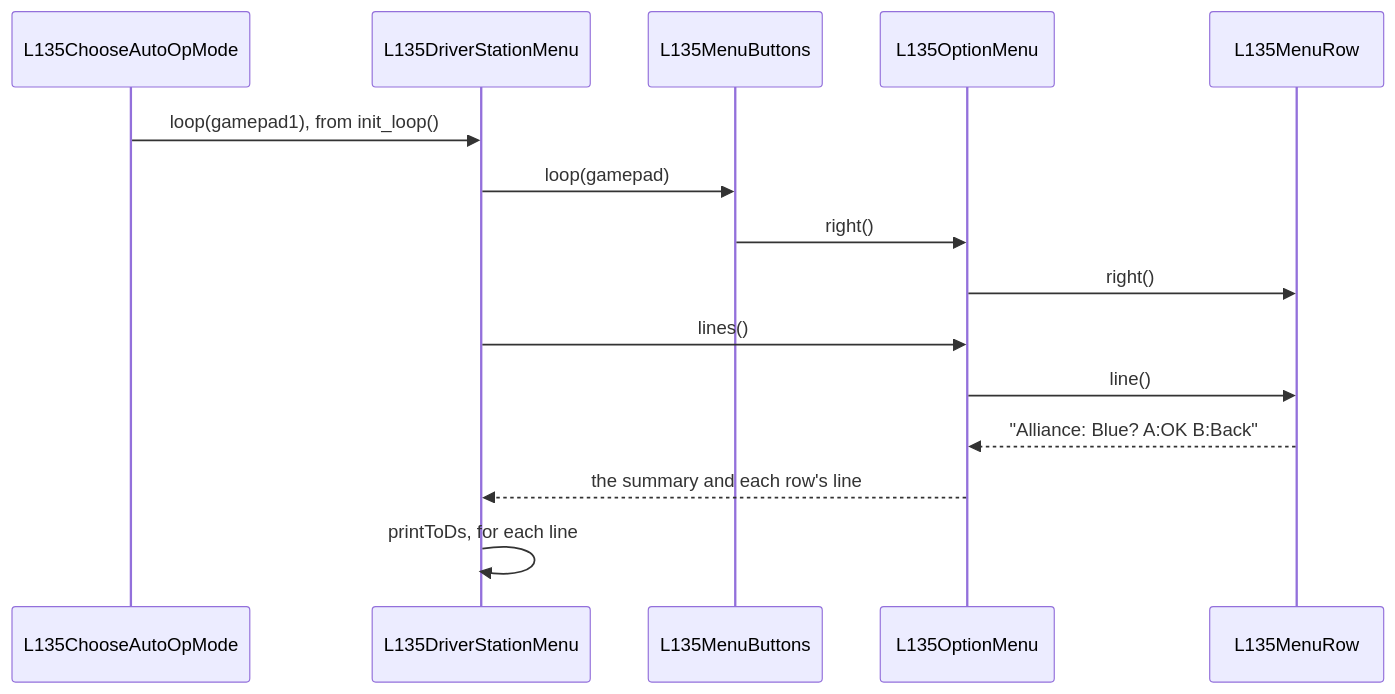
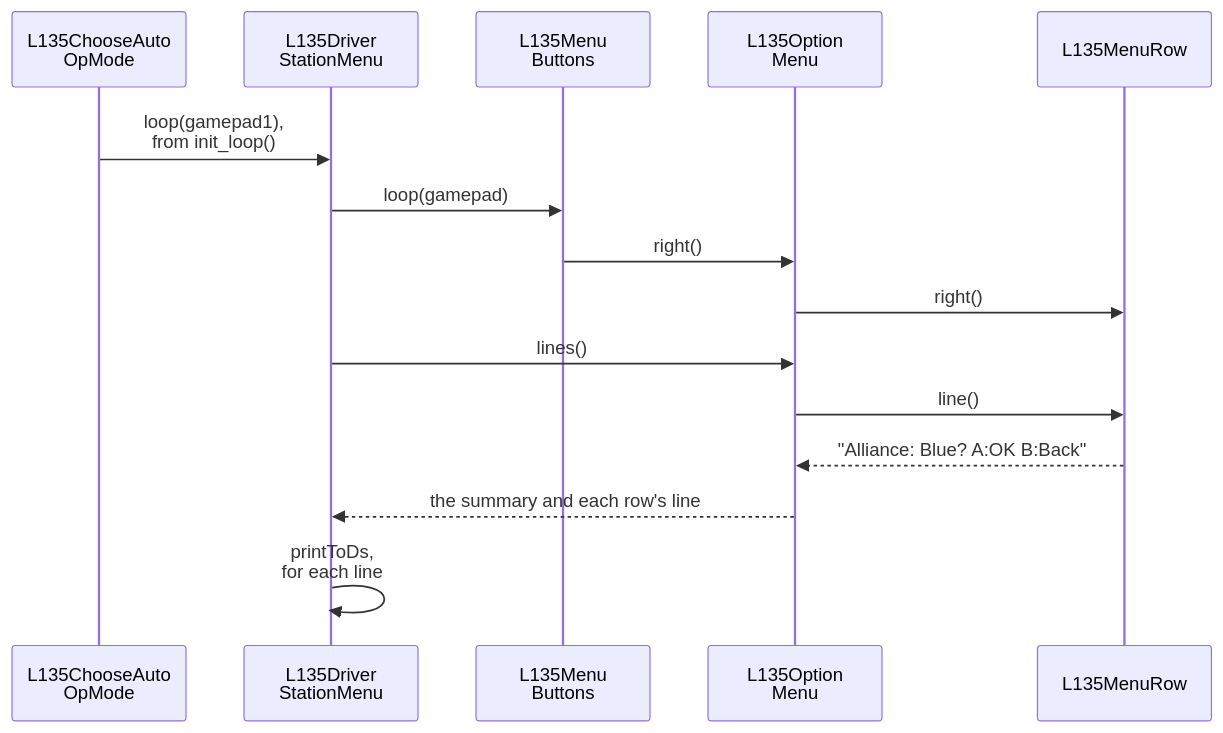
Before and after one commit to msb-stitt/ftc31459-26-27-biobuzz: the diagram in book/tools/mermaid/fig-l135-calls.mmd, drawn with Mermaid. The commit also changed 4 other files, not shown here.

Commit message:
Each figure is shown at the size it is drawn, from the resolution its PNG records, and fig-l135-calls is laid out to fit the column at that size.

```diff
--- a/book/tools/mermaid/fig-l135-calls.mmd
+++ b/book/tools/mermaid/fig-l135-calls.mmd
@@ -1,15 +1,15 @@
 sequenceDiagram
-    participant OpMode as L135ChooseAutoOpMode
-    participant DS as L135DriverStationMenu
-    participant Buttons as L135MenuButtons
-    participant Menu as L135OptionMenu
+    participant OpMode as L135ChooseAuto<br/>OpMode
+    participant DS as L135Driver<br/>StationMenu
+    participant Buttons as L135Menu<br/>Buttons
+    participant Menu as L135Option<br/>Menu
     participant Row as L135MenuRow
-    OpMode->>DS: loop(gamepad1), from init_loop()
+    OpMode->>DS: loop(gamepad1),<br/>from init_loop()
     DS->>Buttons: loop(gamepad)
     Buttons->>Menu: right()
     Menu->>Row: right()
     DS->>Menu: lines()
     Menu->>Row: line()
     Row-->>Menu: "Alliance: Blue? A:OK B:Back"
     Menu-->>DS: the summary and each row's line
-    DS->>DS: printToDs, for each line
+    DS->>DS: printToDs,<br/>for each line
```
